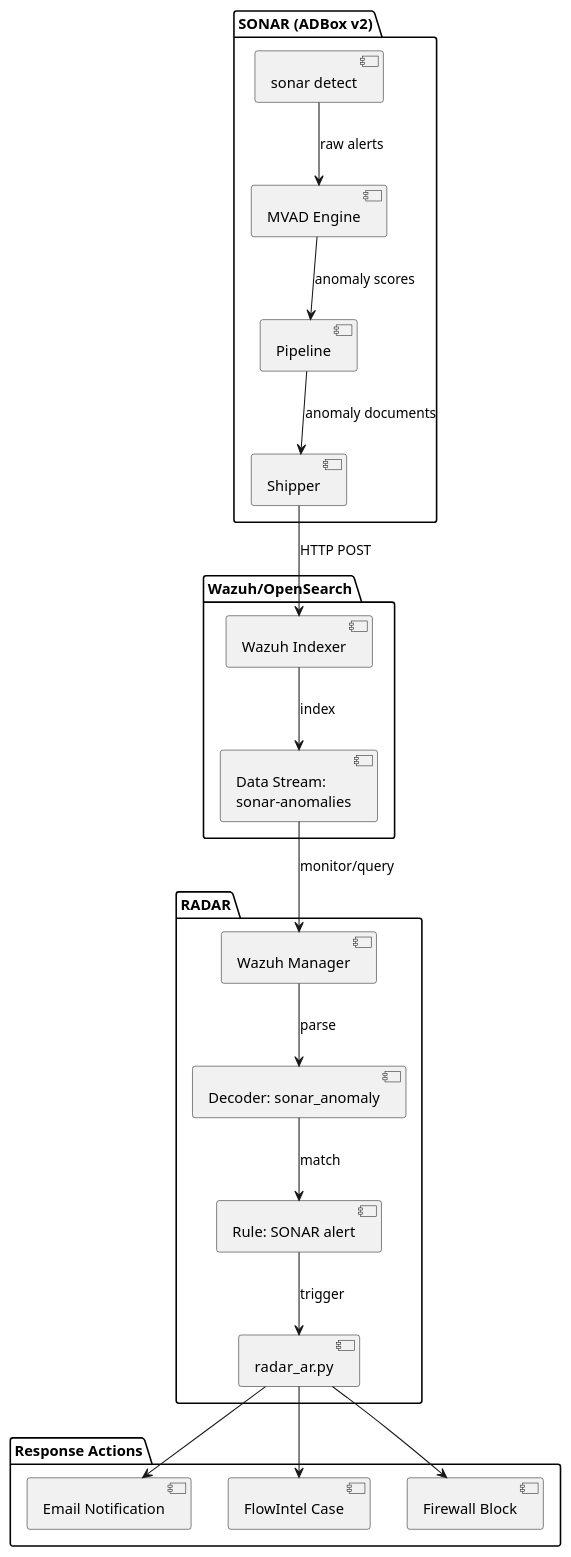
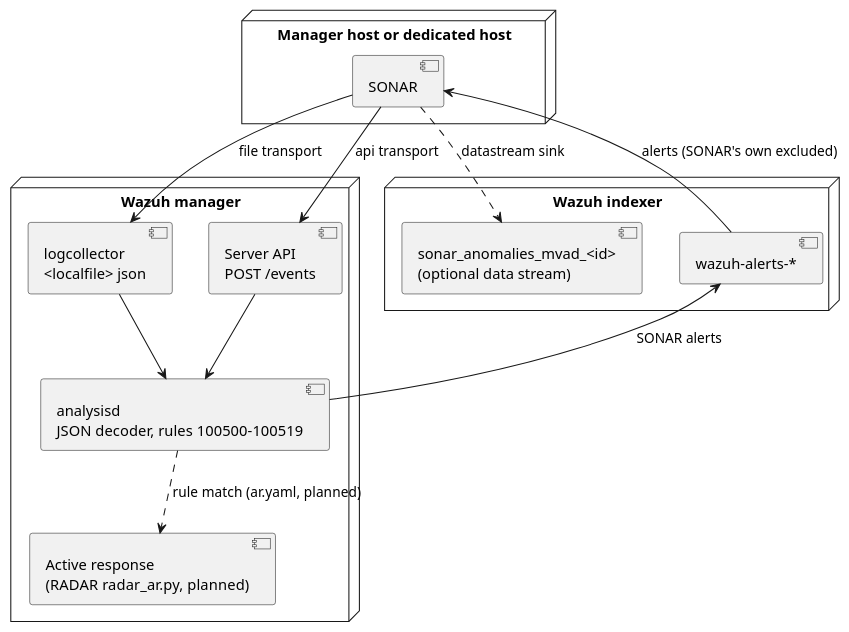
One commit to AbstractionsLab/idps-escape changed the diagram in docs/specs/swd/SWD-037.md. Above: the diagram before and after it, drawn with PlantUML. The commit also changed other lines of this file and 682 other files, not shown here.

````diff
--- a/docs/specs/swd/SWD-037.md
+++ b/docs/specs/swd/SWD-037.md
@@ -20,44 +29,26 @@
 ```plantuml
 @startuml
-package "SONAR (ADBox v2)" {
-  [sonar detect] as Detect
-  [MVAD Engine] as Engine
-  [Pipeline] as Pipeline
-  [Shipper] as Shipper
+node "Manager host or dedicated host" {
+  [SONAR] as Sonar
+}
+node "Wazuh manager" {
+  [logcollector\n<localfile> json] as Logcollector
+  [Server API\nPOST /events] as Api
+  [analysisd\nJSON decoder, rules 100500-100519] as Analysisd
+  [Active response\n(RADAR radar_ar.py, planned)] as AR
+}
+node "Wazuh indexer" {
+  [wazuh-alerts-*] as Alerts
+  [sonar_anomalies_mvad_<id>\n(optional data stream)] as Stream
 }
 
-package "Wazuh/OpenSearch" {
-  [Wazuh Indexer] as Indexer
-  [Data Stream:\nsonar-anomalies] as DataStream
-}
-
-package "RADAR" {
-  [Wazuh Manager] as Manager
-  [Decoder: sonar_anomaly] as Decoder
-  [Rule: SONAR alert] as Rule
-  [radar_ar.py] as AR
-}
-
-package "Response Actions" {
-  [Email Notification] as Email
-  [FlowIntel Case] as Case
-  [Firewall Block] as Firewall
-}
-
-Detect --> Engine : raw alerts
-Engine --> Pipeline : anomaly scores
-Pipeline --> Shipper : anomaly documents
-
-Shipper --> Indexer : HTTP POST
-Indexer --> DataStream : index
-
-DataStream --> Manager : monitor/query
-Manager --> Decoder : parse
-Decoder --> Rule : match
-Rule --> AR : trigger
-
-AR --> Email
-AR --> Case
-AR --> Firewall
+Alerts --> Sonar : alerts (SONAR's own excluded)
+Sonar --> Logcollector : file transport
+Sonar --> Api : api transport
+Logcollector --> Analysisd
+Api --> Analysisd
+Analysisd --> Alerts : SONAR alerts
+Analysisd ..> AR : rule match (ar.yaml, planned)
+Sonar ..> Stream : datastream sink
 @enduml
 ```
````
